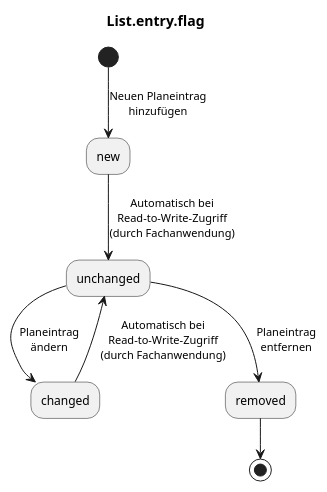
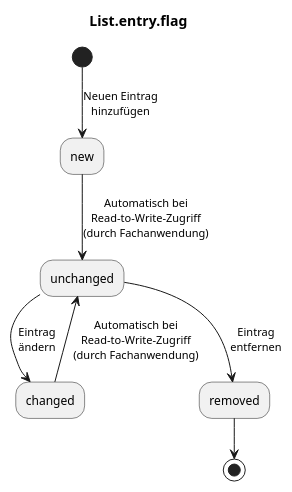
The diagram in plantuml/stateDiagram_list_flag.plantuml (HL7Austria/ELGA-e-Diagnose-R4), drawn with PlantUML before and after one commit. The commit also changed 2 other files, not shown here.

Commit message:
update name in diagrams

```diff
--- a/plantuml/stateDiagram_list_flag.plantuml
+++ b/plantuml/stateDiagram_list_flag.plantuml
@@ -1,10 +1,10 @@
 @startuml
 title List.entry.flag
 
-(*) -d-> [Neuen Planeintrag\nhinzufügen] new
+(*) -d-> [Neuen Eintrag\nhinzufügen] new
 new --> [Automatisch bei\nRead-to-Write-Zugriff\n(durch Fachanwendung)] unchanged
 changed --> [Automatisch bei\nRead-to-Write-Zugriff\n(durch Fachanwendung)] unchanged
-unchanged --> [Planeintrag\nändern] changed
-unchanged -d-> [Planeintrag\nentfernen] removed
+unchanged --> [Eintrag\nändern] changed
+unchanged -d-> [Eintrag\nentfernen] removed
 removed  -d-> (*)
 @enduml
```
